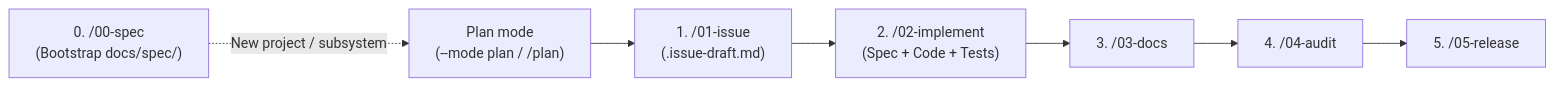
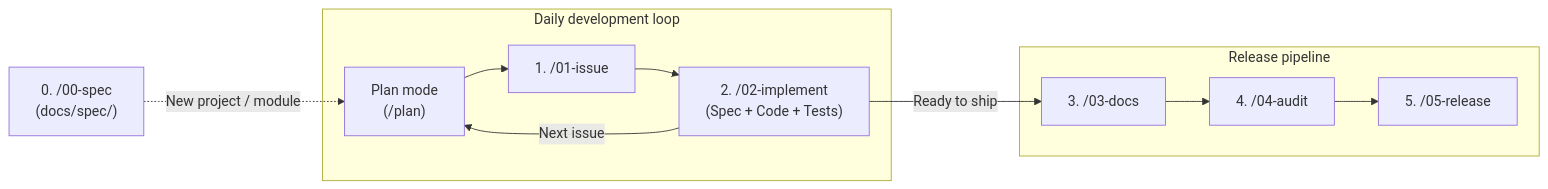
Before and after one commit to bvarnai/agent-standards: the diagram in README.md, drawn with Mermaid. The commit also changed other lines of this file and 1 other file, not shown here.

Commit message:
docs: clarify the role of specs vs issue

````diff
--- a/README.md
+++ b/README.md
@@ -11,13 +22,16 @@
 ```mermaid
 flowchart LR
-    Spec["0. /00-spec<br/>(Bootstrap docs/spec/)"]
-    Plan["Plan mode<br/>(--mode plan / /plan)"]
-    Issue["1. /01-issue<br/>(.issue-draft.md)"]
-    Code["2. /02-implement<br/>(Spec + Code + Tests)"]
-    Docs["3. /03-docs"]
-    Audit["4. /04-audit"]
-    Release["5. /05-release"]
+    Spec["0. /00-spec<br/>(docs/spec/)"]
 
-    Spec -.->|"New project / subsystem"| Plan
-    Plan --> Issue --> Code --> Docs --> Audit --> Release
+    subgraph Daily ["Daily development loop"]
+        Plan["Plan mode<br/>(/plan)"] --> Issue["1. /01-issue"] --> Code["2. /02-implement<br/>(Spec + Code + Tests)"]
+    end
+
+    subgraph Ship ["Release pipeline"]
+        Docs["3. /03-docs"] --> Audit["4. /04-audit"] --> Release["5. /05-release"]
+    end
+
+    Spec -.->|"New project / module"| Plan
+    Code -->|"Next issue"| Plan
+    Code -->|"Ready to ship"| Docs
 ```
````
